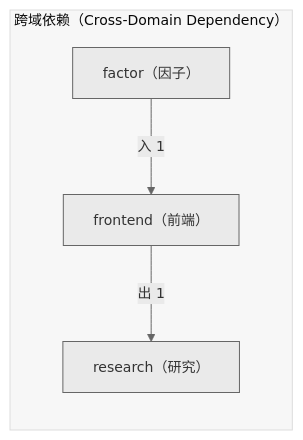
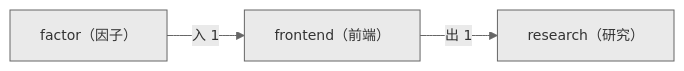
The second of 2 diagrams in docs/02_enterprise_architecture/06_decision_architecture/08_decision_l2a_frontend.md (xuanFelixVan/ZephyrAlpha), drawn with Mermaid before and after one commit. The commit also changed other lines of this file and 23 other files, not shown here.

First line of the commit message:
fix(decision-diagram): 去掉 subgraph + 加 secondaryColor 修复节点白色

````diff
--- a/docs/02_enterprise_architecture/06_decision_architecture/08_decision_l2a_frontend.md
+++ b/docs/02_enterprise_architecture/06_decision_architecture/08_decision_l2a_frontend.md
@@ -95,11 +95,9 @@
 ```mermaid
-%%{init: {'theme': 'base', 'themeVariables': {'primaryColor': '#eaeaea', 'primaryTextColor': '#333333', 'primaryBorderColor': '#666666', 'lineColor': '#666666', 'fontSize': '14px'}}}%%
+%%{init: {'theme': 'base', 'themeVariables': {'primaryColor': '#eaeaea', 'primaryTextColor': '#333333', 'primaryBorderColor': '#666666', 'lineColor': '#666666', 'secondaryColor': '#eaeaea', 'tertiaryColor': '#eaeaea', 'fontSize': '14px'}}}%%
 flowchart LR
-    subgraph cd_sg["跨域依赖（Cross-Domain Dependency）"]
-        SELF["frontend（前端）"]
-        EXT_research["research（研究）"]
-        SELF -->|出 1| EXT_research
-        EXT_factor["factor（因子）"]
-        EXT_factor -->|入 1| SELF
-    end
+    SELF["frontend（前端）"]
+    EXT_research["research（研究）"]
+    SELF -->|出 1| EXT_research
+    EXT_factor["factor（因子）"]
+    EXT_factor -->|入 1| SELF
 ```
````
